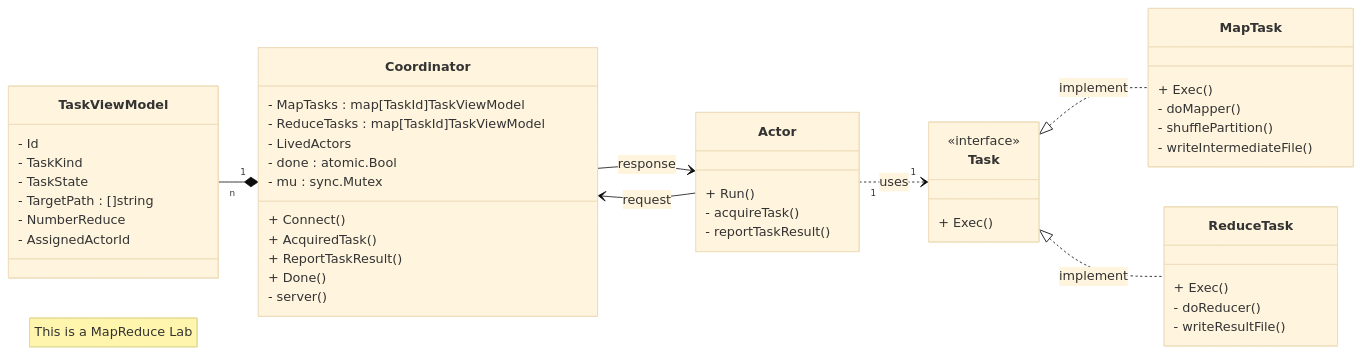
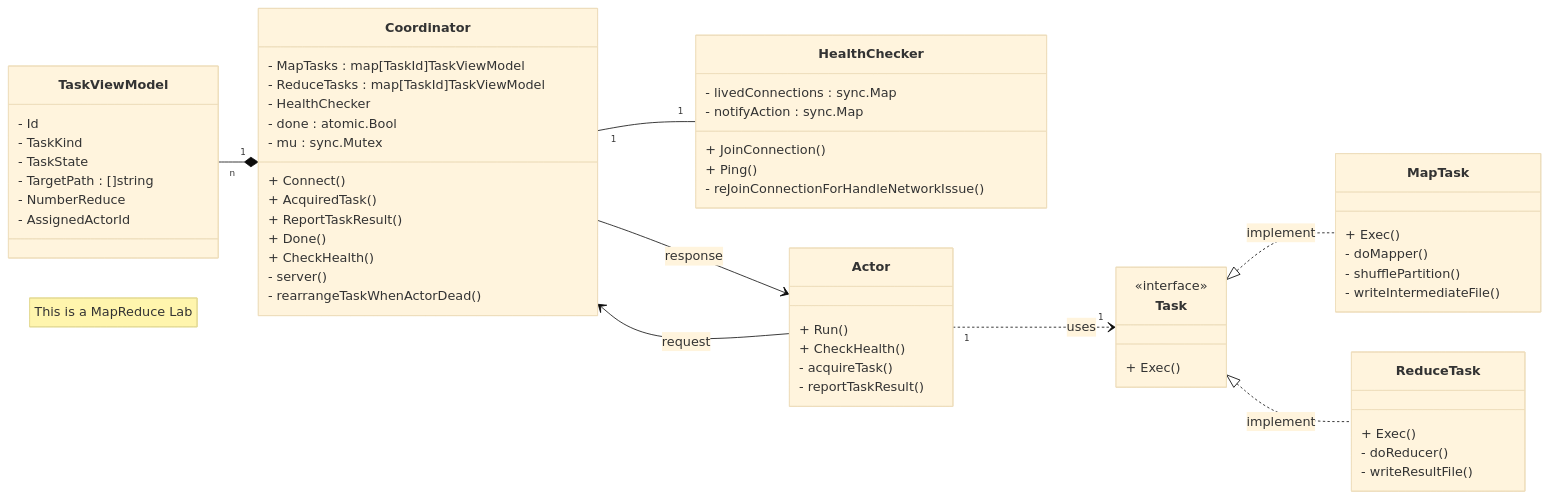
One commit to KScaesar/Spring-2023-MIT6.5840 changed the diagram in src/lab1/README.md. Above: the diagram before and after it, drawn with Mermaid (base theme). The commit also changed other lines of this file and 3 other files, not shown here.

````diff
--- a/src/lab1/README.md
+++ b/src/lab1/README.md
@@ -14,60 +15,70 @@
 ```mermaid
 classDiagram
   direction LR
   note "This is a MapReduce Lab"
   class Coordinator {
     - MapTasks : map[TaskId]TaskViewModel
     - ReduceTasks : map[TaskId]TaskViewModel
-    - LivedActors
+    - HealthChecker
     - done : atomic.Bool
     - mu : sync.Mutex
-
 
     + Connect()
     + AcquiredTask()
     + ReportTaskResult()
     + Done()
-
+    + CheckHealth()
     - server()
+    - rearrangeTaskWhenActorDead()
+  }
+  
+  class HealthChecker{
+     - livedConnections : sync.Map 
+     - notifyAction : sync.Map     
+     + JoinConnection() 
+     + Ping()
+     - reJoinConnectionForHandleNetworkIssue()
   }
 
   class Actor {
     + Run()
+    + CheckHealth()
     - acquireTask()
     - reportTaskResult()
   }
 
   class Task {
      <<interface>>
     + Exec()
   }
 
   class TaskViewModel {
     - Id 
     - TaskKind
     - TaskState
     - TargetPath : []string
     - NumberReduce
     - AssignedActorId
   }
 
   class MapTask {
     + Exec()
     - doMapper()
     - shufflePartition()
     - writeIntermediateFile()
   }
 
   class ReduceTask {
     + Exec()
     - doReducer()
     - writeResultFile()
   }
 
   Actor --> Coordinator : request
   Coordinator --> Actor : response
+  Coordinator "1" -- "1" HealthChecker 
   TaskViewModel "n" --* "1" Coordinator
   Actor "1" ..> "1" Task : uses
   Task <|.. MapTask : implement
   Task <|.. ReduceTask : implement
 ```
````
